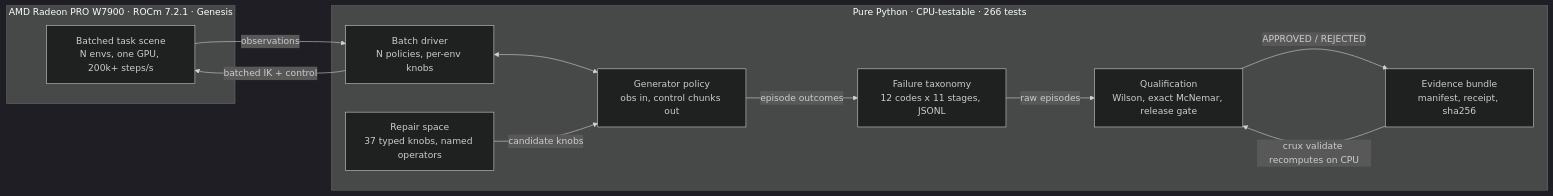
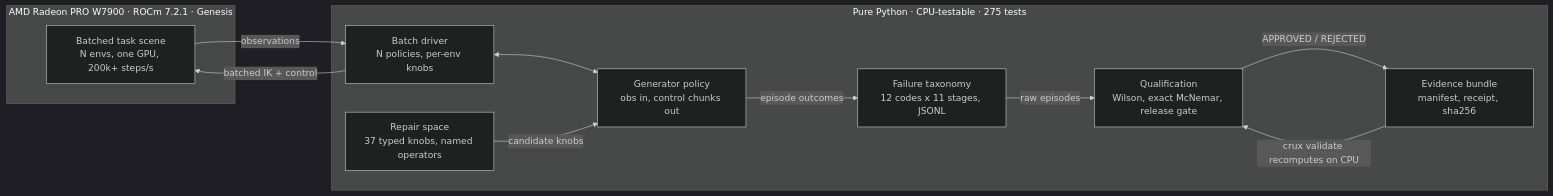
Before and after one commit to Enoch208/Crux: the diagram in README.md, drawn with Mermaid (dark theme). The commit also changed other lines of this file and 2 other files, not shown here.

````diff
--- a/README.md
+++ b/README.md
@@ -123,22 +123,22 @@
 ```mermaid
 flowchart LR
     subgraph GPU["AMD Radeon PRO W7900 · ROCm 7.2.1 · Genesis"]
         SCENE["Batched task scene<br/>N envs, one GPU, 200k+ steps/s"]
     end
-    subgraph CPU["Pure Python · CPU-testable · 266 tests"]
+    subgraph CPU["Pure Python · CPU-testable · 275 tests"]
         POLICY["Generator policy<br/>obs in, control chunks out"]
         DRIVER["Batch driver<br/>N policies, per-env knobs"]
         TAX["Failure taxonomy<br/>12 codes x 11 stages, JSONL"]
         REPAIR["Repair space<br/>37 typed knobs, named operators"]
         QUAL["Qualification<br/>Wilson, exact McNemar, release gate"]
         EVID["Evidence bundle<br/>manifest, receipt, sha256"]
     end
     DRIVER -->|batched IK + control| SCENE
     SCENE -->|observations| DRIVER
     DRIVER <--> POLICY
     POLICY -->|episode outcomes| TAX
     TAX -->|raw episodes| QUAL
     REPAIR -->|candidate knobs| POLICY
     QUAL -->|APPROVED / REJECTED| EVID
     EVID -->|crux validate recomputes on CPU| QUAL
 ```
````
